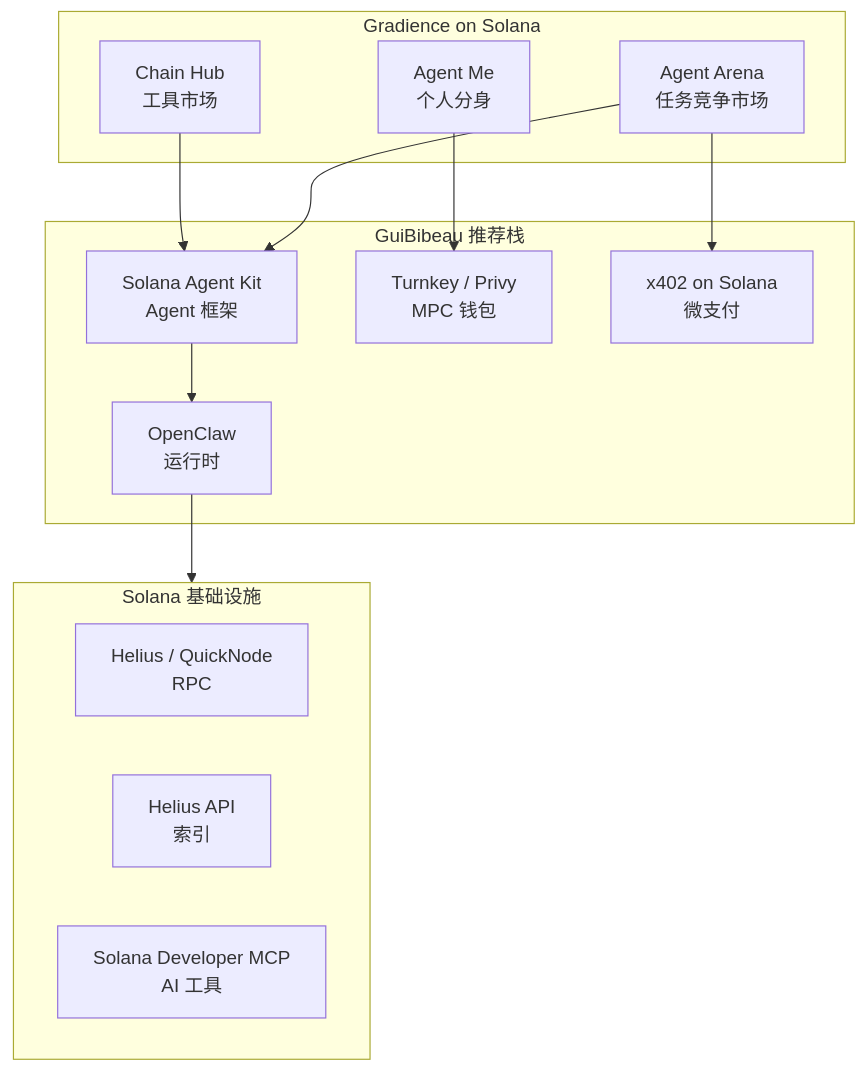
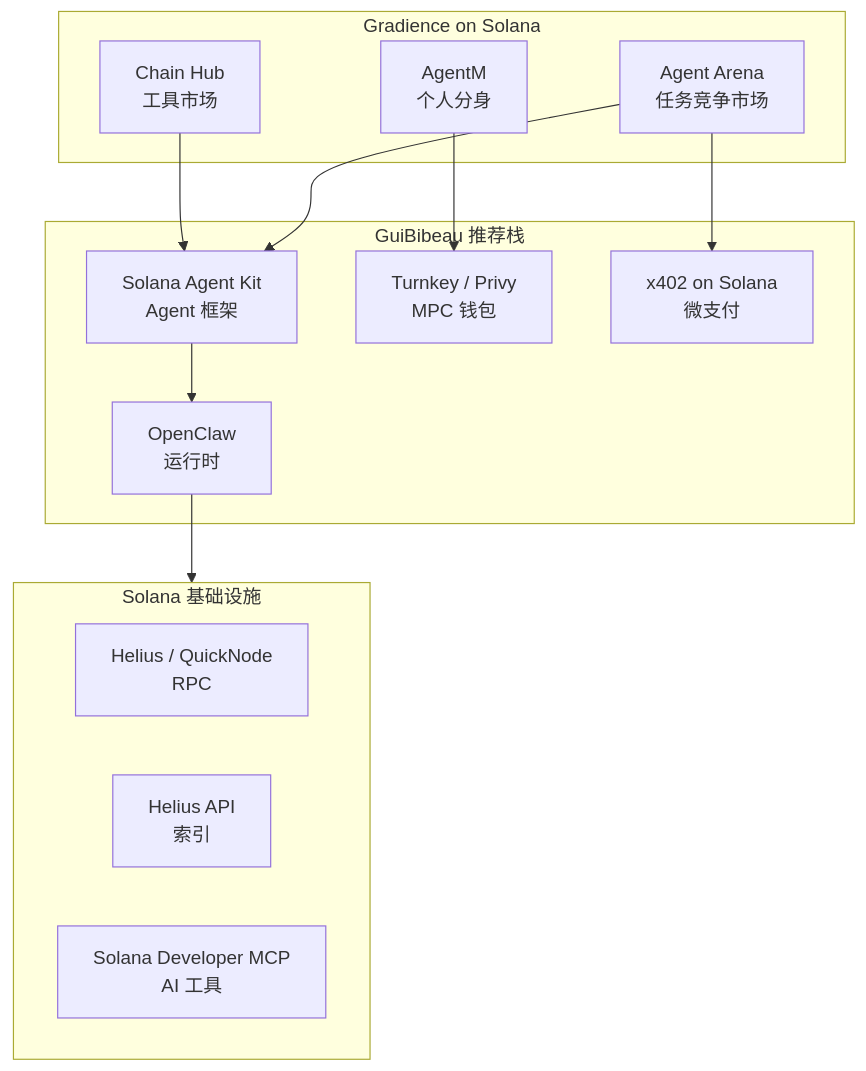
Before and after one commit to DaviRain-Su/gradience: the first of 2 diagrams in apps/chain-hub/solana-hackathon-prep.md, drawn with Mermaid. The commit also changed 79 other files, not shown here.

````diff
--- a/apps/chain-hub/solana-hackathon-prep.md
+++ b/apps/chain-hub/solana-hackathon-prep.md
@@ -53,29 +53,29 @@
 ```mermaid
 flowchart TB
     subgraph GradienceSolana["Gradience on Solana"]
         Agent["Agent Arena<br/>任务竞争市场"]
-        Me["Agent Me<br/>个人分身"]
+        Me["AgentM<br/>个人分身"]
         Hub["Chain Hub<br/>工具市场"]
     end
     
     subgraph GuiBibeauStack["GuiBibeau 推荐栈"]
         Framework["Solana Agent Kit<br/>Agent 框架"]
         Runtime["OpenClaw<br/>运行时"]
         Wallet["Turnkey / Privy<br/>MPC 钱包"]
         Payment["x402 on Solana<br/>微支付"]
     end
     
     subgraph SolanaInfra["Solana 基础设施"]
         RPC["Helius / QuickNode<br/>RPC"]
         Indexer["Helius API<br/>索引"]
         MCP["Solana Developer MCP<br/>AI 工具"]
     end
     
     Agent --> Framework
     Agent --> Payment
     Me --> Wallet
     Hub --> Framework
     
     Framework --> Runtime
     Runtime --> SolanaInfra
 ```
````
